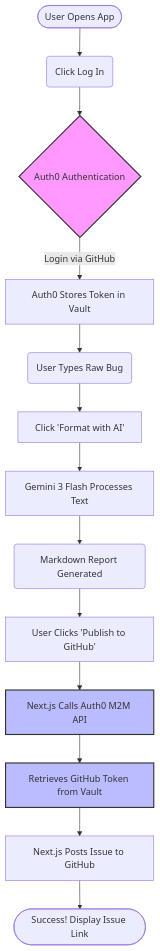
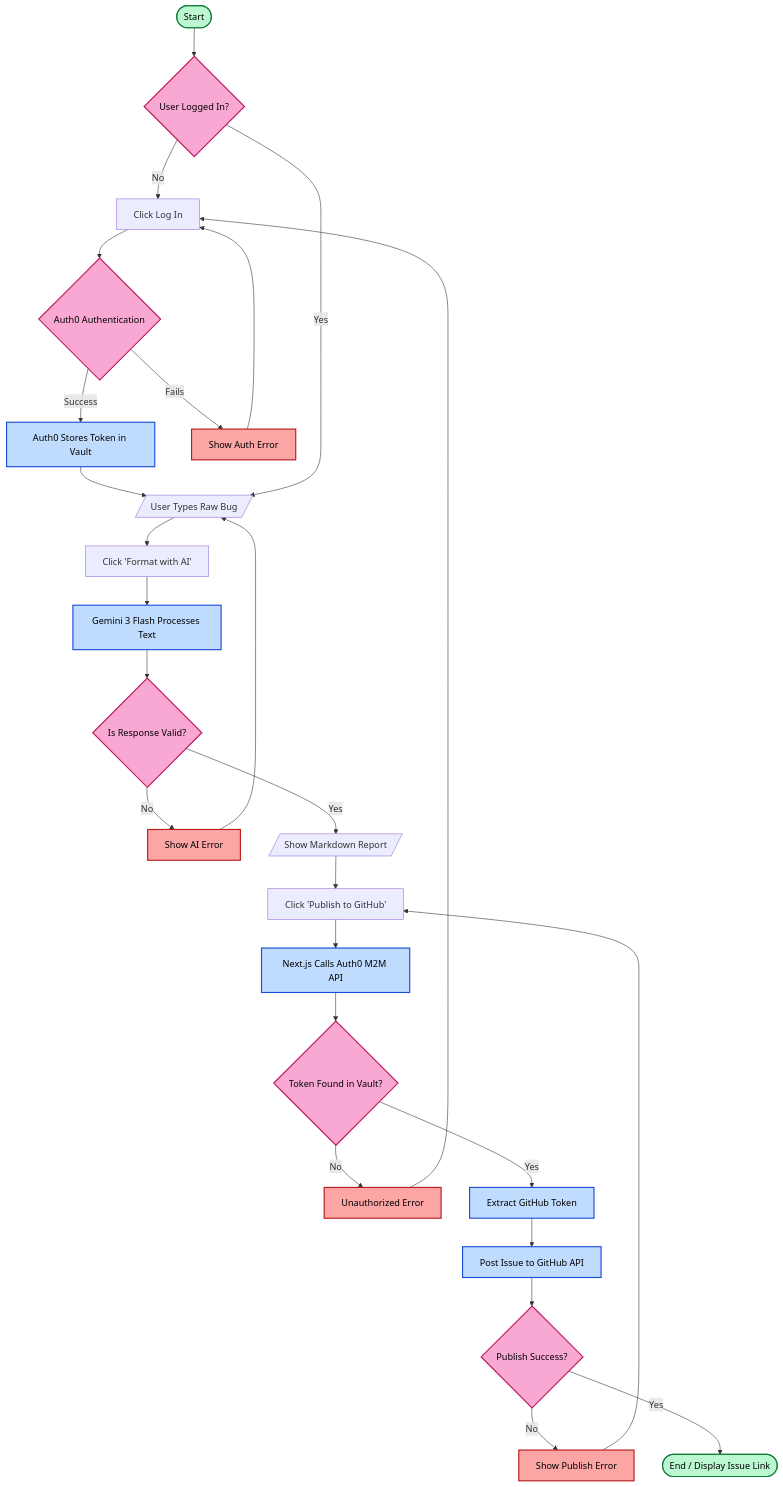
Before and after one commit to ArcVielLouvent/Vault-Tester: the first of 2 diagrams in README.md, drawn with Mermaid. The commit also changed other lines of this file, not shown here.

Commit message:
Fixing Architecture Flowchart

````diff
--- a/README.md
+++ b/README.md
@@ -34,19 +34,46 @@
 ```mermaid
 graph TD;
-    A([User Opens App]) --> B(Click Log In)
-    B --> C{Auth0 Authentication}
-    C -- Login via GitHub --> D[Auth0 Stores Token in Vault]
-    D --> E(User Types Raw Bug)
-    E --> F[Click 'Format with AI']
-    F --> G[Gemini 3 Flash Processes Text]
-    G --> H(Markdown Report Generated)
-    H --> I[User Clicks 'Publish to GitHub']
-    I --> J[Next.js Calls Auth0 M2M API]
-    J --> K[Retrieves GitHub Token from Vault]
-    K --> L[Next.js Posts Issue to GitHub]
-    L --> M([Success! Display Issue Link])
+    %% Styling agar teks hitam dan jelas terbaca di Dark Mode
+    classDef startend fill:#bbf7d0,stroke:#15803d,stroke-width:2px,color:#000
+    classDef decision fill:#f9a8d4,stroke:#be185d,stroke-width:2px,color:#000
+    classDef process fill:#bfdbfe,stroke:#1d4ed8,stroke-width:2px,color:#000
+    classDef error fill:#fca5a5,stroke:#b91c1c,stroke-width:2px,color:#000
+
+    Start([Start]) --> IsLogged{User Logged In?}
     
-    style C fill:#f9f,stroke:#333,stroke-width:2px
-    style J fill:#bbf,stroke:#333,stroke-width:2px
-    style K fill:#bbf,stroke:#333,stroke-width:2px
+    %% Alur jika belum login
+    IsLogged -- No --> Login[Click Log In]
+    Login --> Auth0{Auth0 Authentication}
+    Auth0 -- Success --> StoreToken[Auth0 Stores Token in Vault]
+    Auth0 -- Fails --> ErrorAuth[Show Auth Error]
+    ErrorAuth --> Login
+    StoreToken --> InputBug
+    
+    %% Alur jika sudah login
+    IsLogged -- Yes --> InputBug[/User Types Raw Bug/]
+    InputBug --> ClickAI[Click 'Format with AI']
+    ClickAI --> Gemini[Gemini 3 Flash Processes Text]
+    
+    Gemini --> Valid{Is Response Valid?}
+    Valid -- No --> ErrorAI[Show AI Error] --> InputBug
+    Valid -- Yes --> ShowMD[/Show Markdown Report/]
+    
+    ShowMD --> ClickPub[Click 'Publish to GitHub']
+    ClickPub --> CallM2M[Next.js Calls Auth0 M2M API]
+    
+    CallM2M --> HasToken{Token Found in Vault?}
+    HasToken -- No --> ErrorToken[Unauthorized Error] --> Login
+    HasToken -- Yes --> GetToken[Extract GitHub Token]
+    
+    GetToken --> PostGH[Post Issue to GitHub API]
+    PostGH --> SuccessGH{Publish Success?}
+    
+    SuccessGH -- No --> ErrorGH[Show Publish Error] --> ClickPub
+    SuccessGH -- Yes --> End([End / Display Issue Link])
+
+    %% Menerapkan style ke node
+    class Start,End startend;
+    class IsLogged,Auth0,Valid,HasToken,SuccessGH decision;
+    class StoreToken,Gemini,CallM2M,GetToken,PostGH process;
+    class ErrorAuth,ErrorAI,ErrorToken,ErrorGH error;
 ```
````
